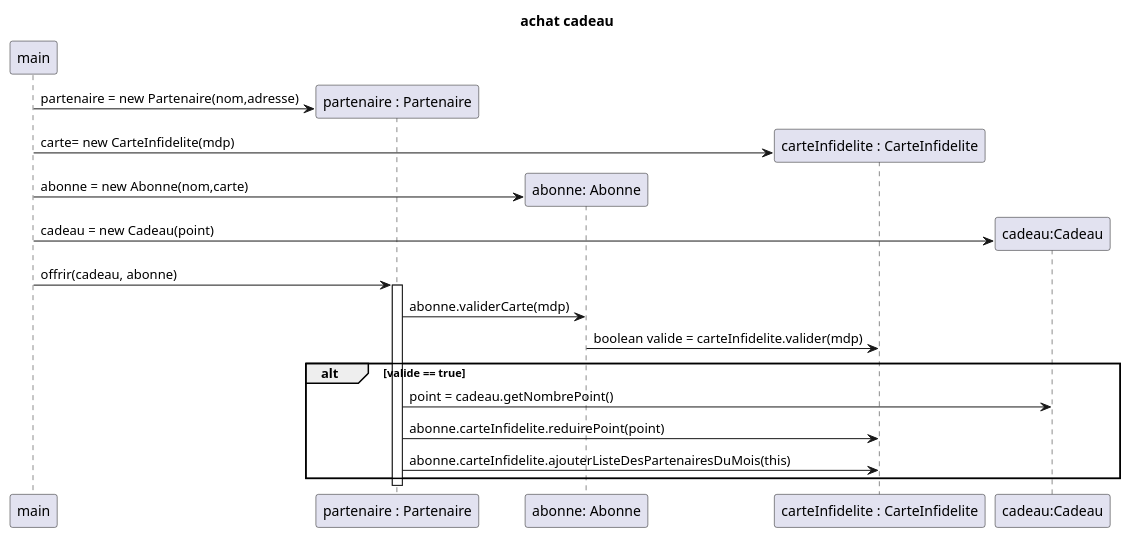
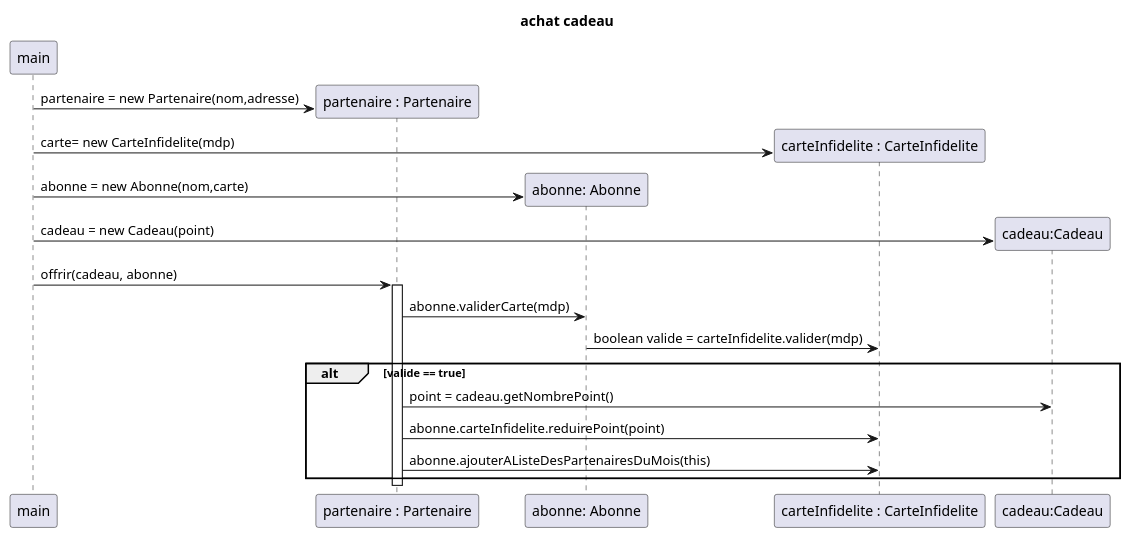
One commit to ZeroAbsolue/infidelite changed the fifth of 5 diagrams in Sequence.puml. Above: the diagram before and after it, drawn with PlantUML. The commit also changed 6 other files, not shown here.

```diff
--- a/Sequence.puml
+++ b/Sequence.puml
@@ -57,23 +57,23 @@
 @startuml
 title achat cadeau
 participant main
 participant "partenaire : Partenaire" as partenaire
 participant "abonne: Abonne" as abonne
 participant "carteInfidelite : CarteInfidelite" as carteInfidelite
 participant "cadeau:Cadeau" as cadeau
 
 main->partenaire ** : partenaire = new Partenaire(nom,adresse)
 main->carteInfidelite ** : carte= new CarteInfidelite(mdp)
 main->abonne ** : abonne = new Abonne(nom,carte)
 main->cadeau ** : cadeau = new Cadeau(point)
 main->partenaire : offrir(cadeau, abonne)
 activate partenaire
 partenaire -> abonne : abonne.validerCarte(mdp)
 abonne->carteInfidelite: boolean valide = carteInfidelite.valider(mdp)
 alt valide == true
 partenaire->cadeau: point = cadeau.getNombrePoint()
 partenaire->carteInfidelite : abonne.carteInfidelite.reduirePoint(point)
-partenaire->carteInfidelite : abonne.carteInfidelite.ajouterListeDesPartenairesDuMois(this)
+partenaire->carteInfidelite : abonne.ajouterAListeDesPartenairesDuMois(this)
 end 
 deactivate partenaire
 @enduml
```
